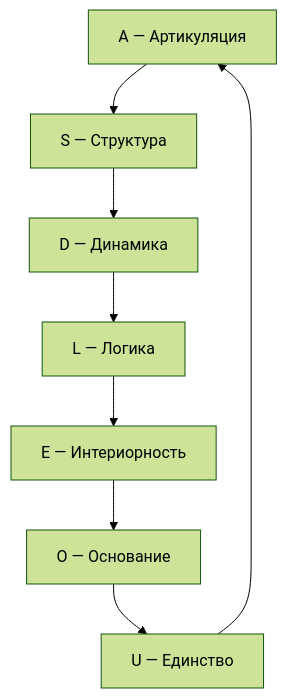
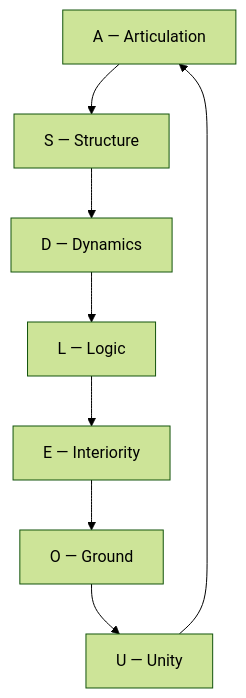
One commit to gst-st/uhm changed the first of 2 diagrams in website/docs/core/structure/dimension-u.md. Above: the diagram before and after it, drawn with Mermaid (forest theme). The commit also changed other lines of this file and 25 other files, not shown here.

````diff
--- a/website/docs/core/structure/dimension-u.md
+++ b/website/docs/core/structure/dimension-u.md
@@ -310,10 +310,10 @@
 ```mermaid
 graph TD
-    A[A — Артикуляция] --> S[S — Структура]
-    S --> D[D — Динамика]
-    D --> L[L — Логика]
-    L --> E[E — Интериорность]
-    E --> O[O — Основание]
-    O --> U[U — Единство]
+    A[A — Articulation] --> S[S — Structure]
+    S --> D[D — Dynamics]
+    D --> L[L — Logic]
+    L --> E[E — Interiority]
+    E --> O[O — Ground]
+    O --> U[U — Unity]
     U --> A
 ```
````
